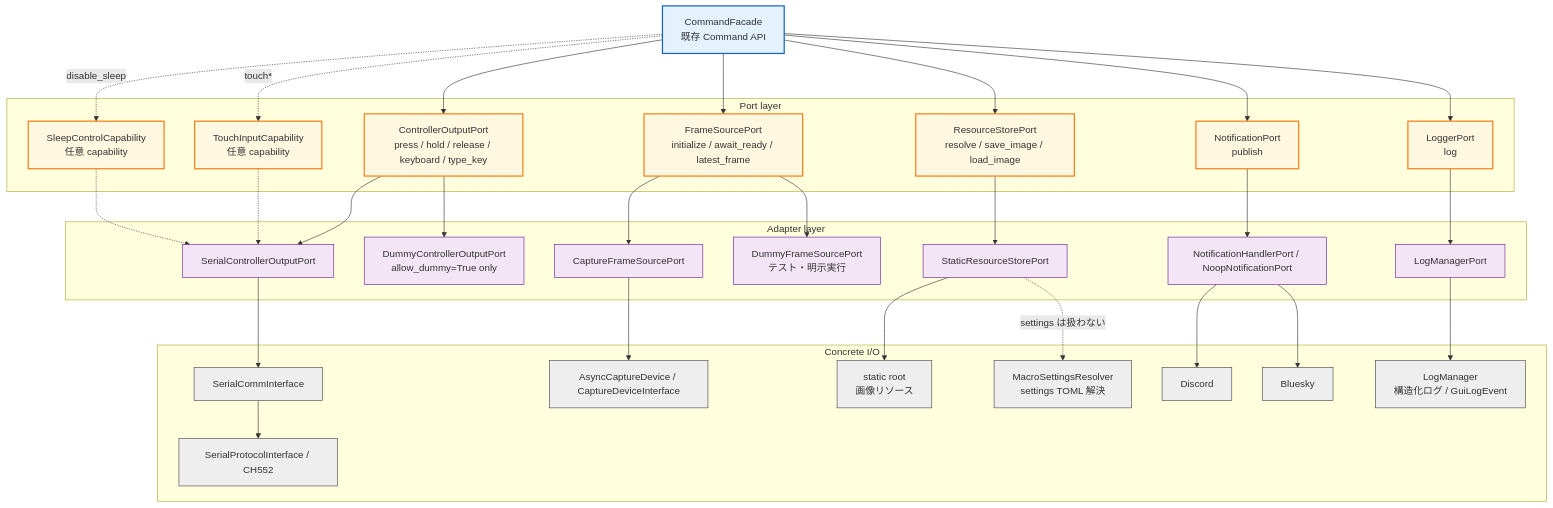
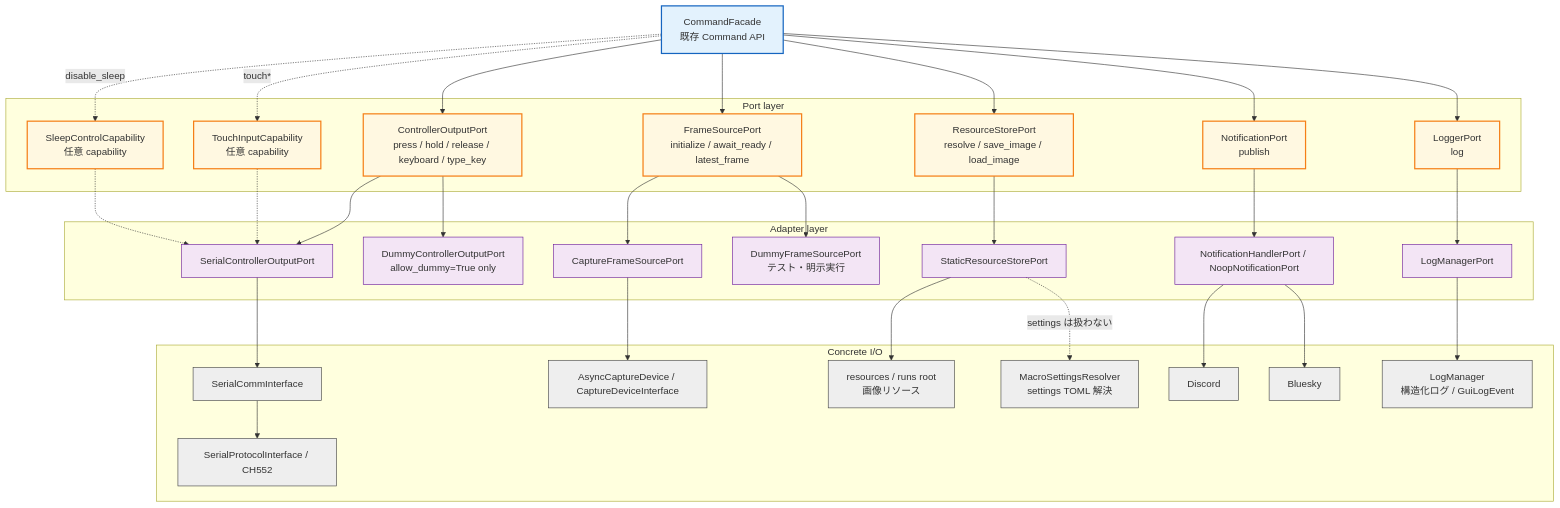
Before and after one commit to niart120/Project_NyX: the third of 5 diagrams in spec/framework/rearchitecture/ARCHITECTURE_DIAGRAMS.md, drawn with Mermaid. The commit also changed other lines of this file and 13 other files, not shown here.

````diff
--- a/spec/framework/rearchitecture/ARCHITECTURE_DIAGRAMS.md
+++ b/spec/framework/rearchitecture/ARCHITECTURE_DIAGRAMS.md
@@ -256,65 +255,65 @@
 ```mermaid
 flowchart TB
     CommandFacade["CommandFacade<br/>既存 Command API"]
 
     subgraph PortLayer["Port layer"]
         Controller["ControllerOutputPort<br/>press / hold / release / keyboard / type_key"]
         Capture["FrameSourcePort<br/>initialize / await_ready / latest_frame"]
         Resource["ResourceStorePort<br/>resolve / save_image / load_image"]
         Notify["NotificationPort<br/>publish"]
         Logger["LoggerPort<br/>log"]
         Touch["TouchInputCapability<br/>任意 capability"]
         Sleep["SleepControlCapability<br/>任意 capability"]
     end
 
     subgraph AdapterLayer["Adapter layer"]
         SerialPort["SerialControllerOutputPort"]
         DummyController["DummyControllerOutputPort<br/>allow_dummy=True only"]
         CapturePort["CaptureFrameSourcePort"]
         DummyFrame["DummyFrameSourcePort<br/>テスト・明示実行"]
         StaticStore["StaticResourceStorePort"]
         NotificationHandlerPort["NotificationHandlerPort / NoopNotificationPort"]
         LogManagerPort["LogManagerPort"]
     end
 
     subgraph ConcreteIO["Concrete I/O"]
         SerialComm["SerialCommInterface"]
         Protocol["SerialProtocolInterface / CH552"]
         CaptureDevice["AsyncCaptureDevice / CaptureDeviceInterface"]
-        StaticRoot["static root<br/>画像リソース"]
+        StaticRoot["resources / runs root<br/>画像リソース"]
         SettingsResolver["MacroSettingsResolver<br/>settings TOML 解決"]
         Discord["Discord"]
         Bluesky["Bluesky"]
         LogManager["LogManager<br/>構造化ログ / GuiLogEvent"]
     end
 
     CommandFacade --> Controller
     CommandFacade --> Capture
     CommandFacade --> Resource
     CommandFacade --> Notify
     CommandFacade --> Logger
     CommandFacade -. "touch*" .-> Touch
     CommandFacade -. "disable_sleep" .-> Sleep
 
     Controller --> SerialPort --> SerialComm --> Protocol
     Controller --> DummyController
     Touch -.-> SerialPort
     Sleep -.-> SerialPort
     Capture --> CapturePort --> CaptureDevice
     Capture --> DummyFrame
     Resource --> StaticStore --> StaticRoot
     StaticStore -. "settings は扱わない" .-> SettingsResolver
     Notify --> NotificationHandlerPort --> Discord
     NotificationHandlerPort --> Bluesky
     Logger --> LogManagerPort --> LogManager
 
     classDef port fill:#fff8e1,stroke:#f57f17,stroke-width:2px;
     classDef adapter fill:#f3e5f5,stroke:#6a1b9a,stroke-width:1px;
     classDef io fill:#eeeeee,stroke:#424242,stroke-width:1px;
     classDef facade fill:#e3f2fd,stroke:#1565c0,stroke-width:2px;
 
     class CommandFacade facade;
     class Controller,Capture,Resource,Notify,Logger,Touch,Sleep port;
     class SerialPort,DummyController,CapturePort,DummyFrame,StaticStore,NotificationHandlerPort,LogManagerPort adapter;
     class SerialComm,Protocol,CaptureDevice,StaticRoot,SettingsResolver,Discord,Bluesky,LogManager io;
 ```
````
